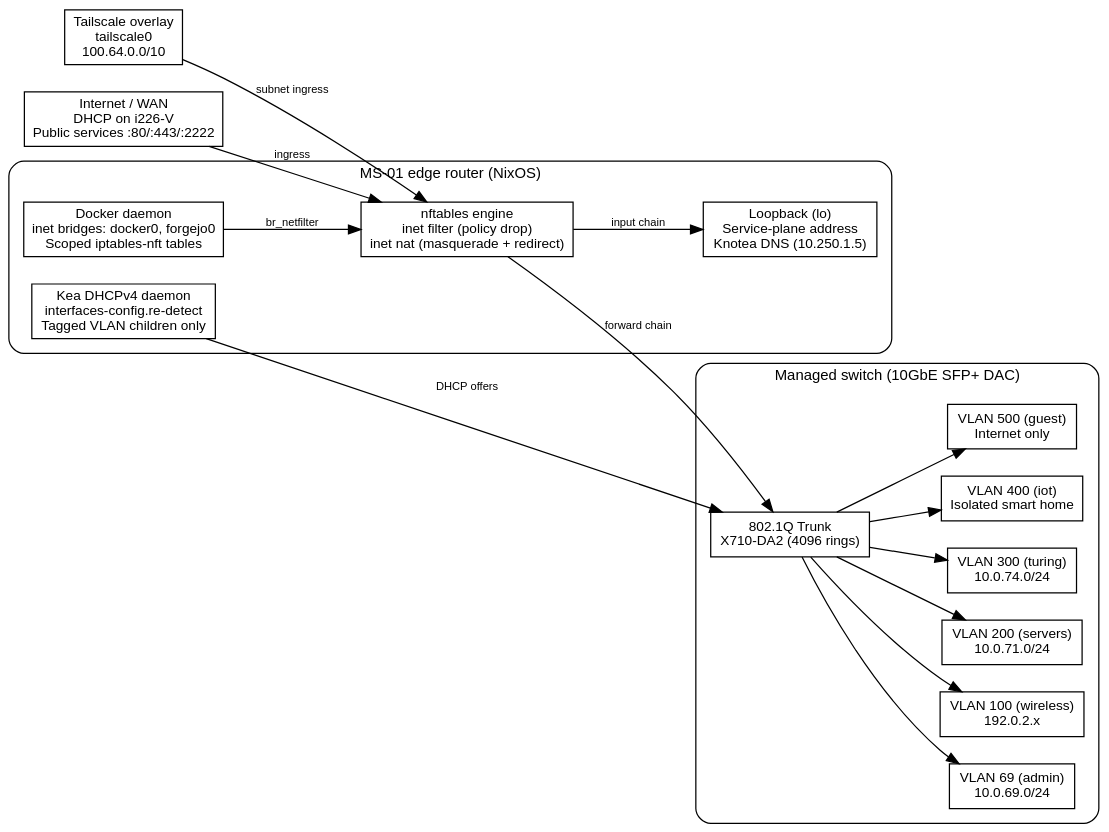
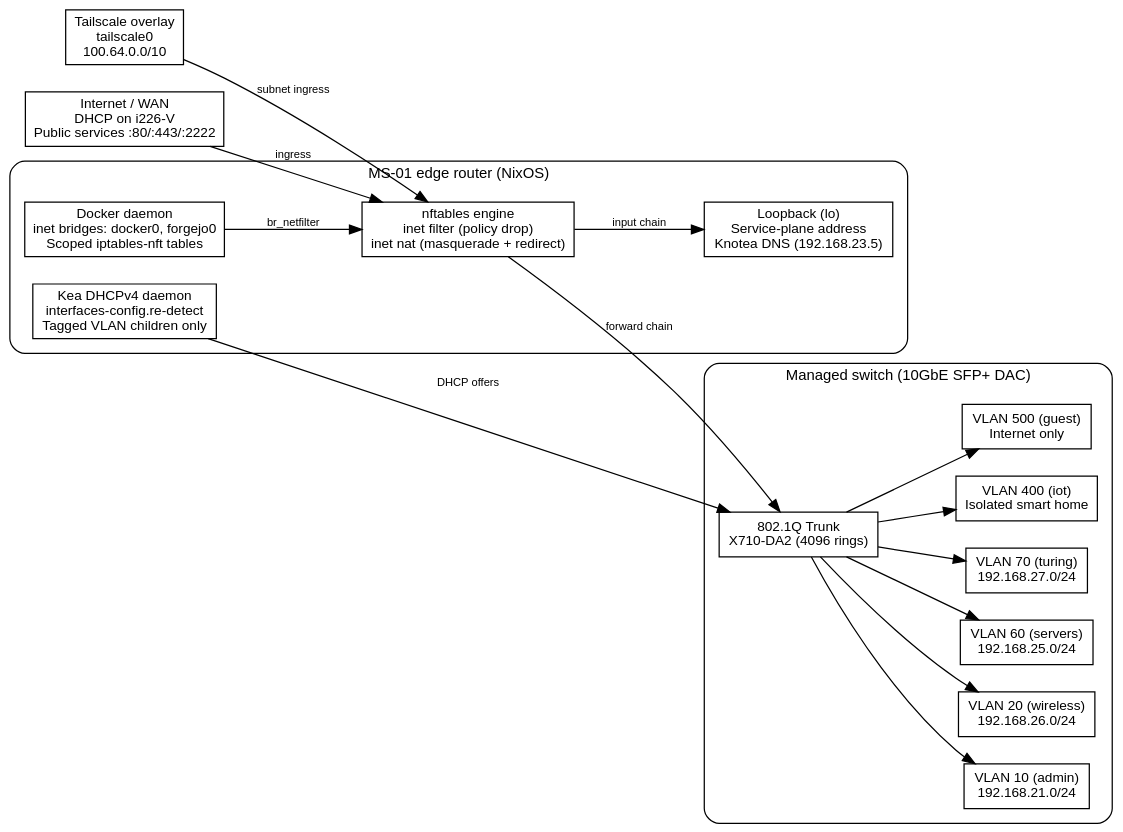
The first of 3 diagrams in src/content/docs/reference/nixos-router-network-design.mdx (erfianugrah/lexicanum), drawn with Graphviz before and after one commit. The commit also changed other lines of this file and 17 other files, not shown here.

````diff
--- a/src/content/docs/reference/nixos-router-network-design.mdx
+++ b/src/content/docs/reference/nixos-router-network-design.mdx
@@ -34,43 +34,43 @@
 ```dot
 digraph {
   rankdir=LR; bgcolor="transparent"; nodesep=0.3; ranksep=0.7;
   fontname="Helvetica,Arial,sans-serif";
   node [fontname="Helvetica,Arial,sans-serif", fontsize=11, shape=box];
   edge [fontname="Helvetica,Arial,sans-serif", fontsize=9];
 
   wan [label="Internet / WAN\nDHCP on i226-V\nPublic services :80/:443/:2222"];
   tailnet [label="Tailscale overlay\ntailscale0\n100.64.0.0/10"];
 
   subgraph cluster_router {
     label="MS-01 edge router (NixOS)"; style=rounded; fontsize=12; margin=12;
-    lo [label="Loopback (lo)\nService-plane address\nKnotea DNS (10.250.1.5)"];
+    lo [label="Loopback (lo)\nService-plane address\nKnotea DNS (192.168.23.5)"];
     nft [label="nftables engine\ninet filter (policy drop)\ninet nat (masquerade + redirect)"];
     kea [label="Kea DHCPv4 daemon\ninterfaces-config.re-detect\nTagged VLAN children only"];
     docker [label="Docker daemon\ninet bridges: docker0, forgejo0\nScoped iptables-nft tables"];
   }
 
   subgraph cluster_switch {
     label="Managed switch (10GbE SFP+ DAC)"; style=rounded; fontsize=12; margin=12;
     trunk [label="802.1Q Trunk\nX710-DA2 (4096 rings)"];
-    vlan_admin [label="VLAN 69 (admin)\n10.0.69.0/24"];
-    vlan_wifi [label="VLAN 100 (wireless)\n192.0.2.x"];
-    vlan_servers [label="VLAN 200 (servers)\n10.0.71.0/24"];
-    vlan_turing [label="VLAN 300 (turing)\n10.0.74.0/24"];
+    vlan_admin [label="VLAN 10 (admin)\n192.168.21.0/24"];
+    vlan_wifi [label="VLAN 20 (wireless)\n192.168.26.0/24"];
+    vlan_servers [label="VLAN 60 (servers)\n192.168.25.0/24"];
+    vlan_turing [label="VLAN 70 (turing)\n192.168.27.0/24"];
     vlan_iot [label="VLAN 400 (iot)\nIsolated smart home"];
     vlan_guest [label="VLAN 500 (guest)\nInternet only"];
   }
 
   wan -> nft [label="ingress"];
   tailnet -> nft [label="subnet ingress"];
   nft -> lo [label="input chain"];
   nft -> trunk [label="forward chain"];
   kea -> trunk [label="DHCP offers"];
   docker -> nft [label="br_netfilter"];
   trunk -> vlan_admin;
   trunk -> vlan_wifi;
   trunk -> vlan_servers;
   trunk -> vlan_turing;
   trunk -> vlan_iot;
   trunk -> vlan_guest;
 }
 ```
````
